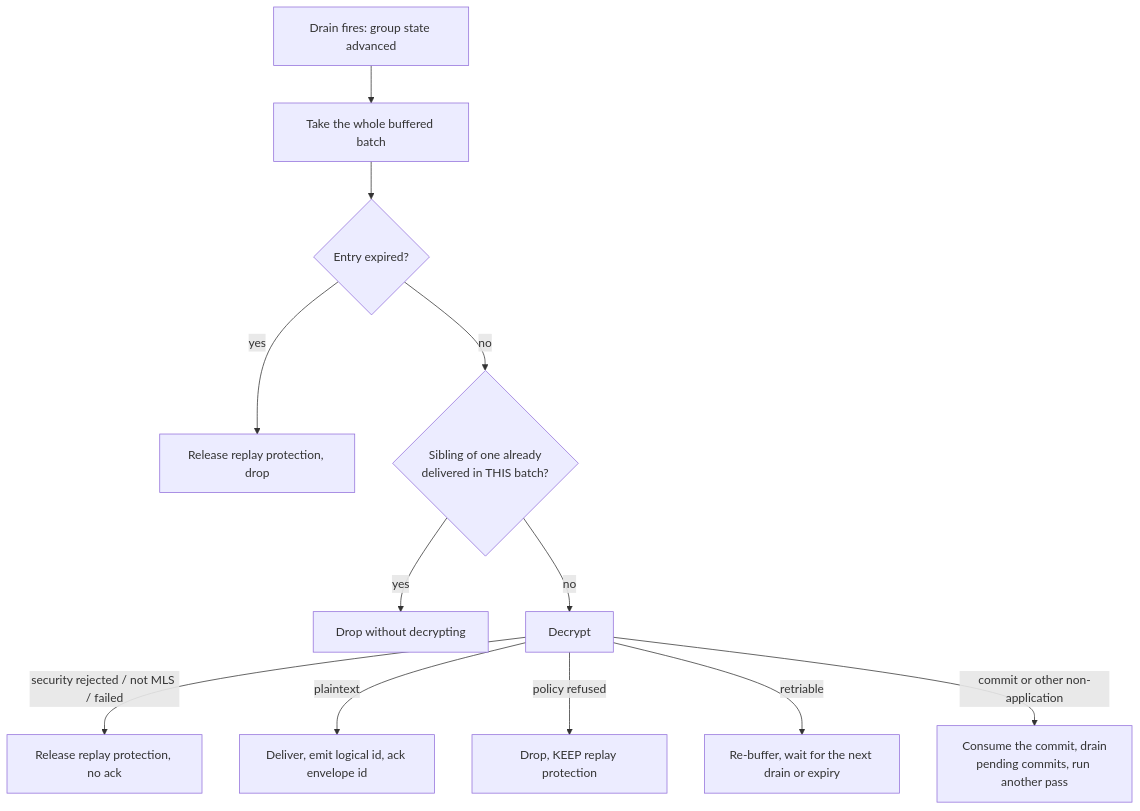
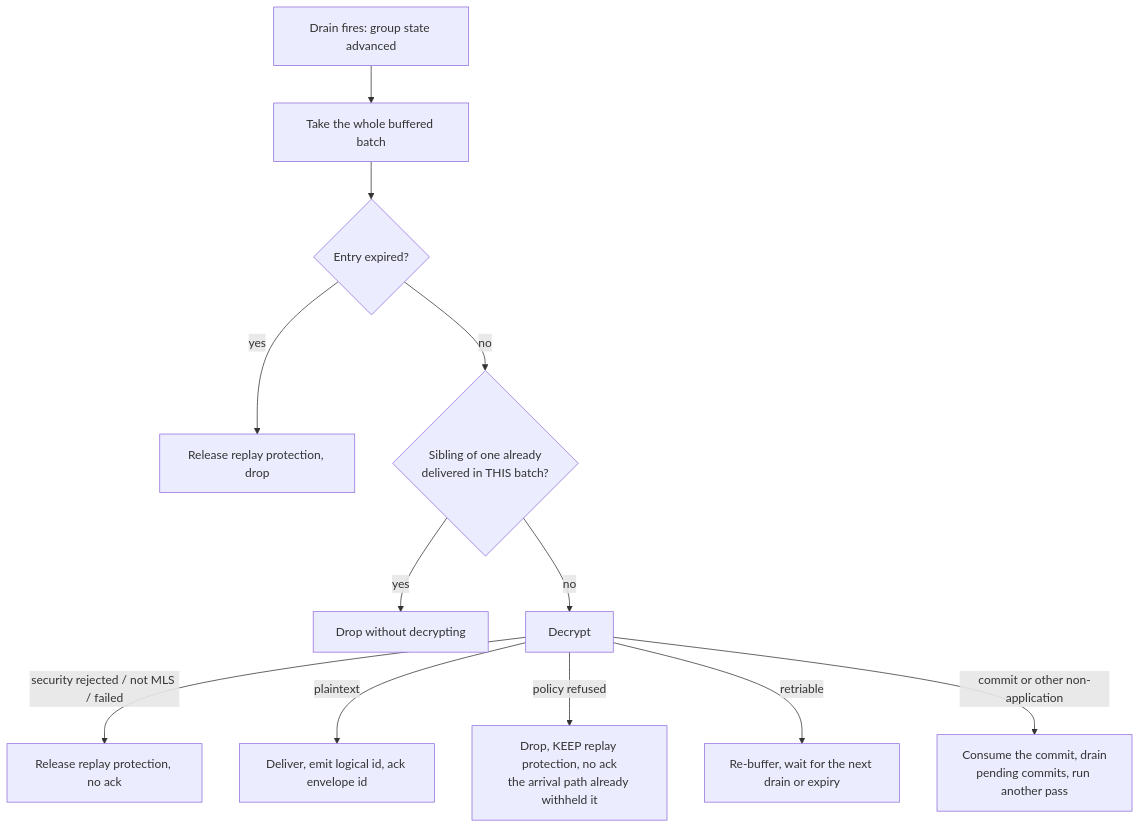
Before and after one commit to Offline-Protocol/offline-protocol-sdk: the third of 4 diagrams in docs/state-machines/group-message-lifecycle.md, drawn with Mermaid. The commit also changed 14 other files, not shown here.

````diff
--- a/docs/state-machines/group-message-lifecycle.md
+++ b/docs/state-machines/group-message-lifecycle.md
@@ -161,14 +161,14 @@
 ```mermaid
 flowchart TD
     D[Drain fires: group state advanced] --> B[Take the whole buffered batch]
     B --> E{Entry expired?}
     E -->|yes| X[Release replay protection, drop]
     E -->|no| S{Sibling of one already<br/>delivered in THIS batch?}
     S -->|yes| Y[Drop without decrypting]
     S -->|no| C[Decrypt]
     C -->|security rejected / not MLS / failed| R[Release replay protection, no ack]
     C -->|plaintext| DL[Deliver, emit logical id, ack envelope id]
-    C -->|policy refused| P[Drop, KEEP replay protection]
+    C -->|policy refused| P[Drop, KEEP replay protection, no ack<br/>the arrival path already withheld it]
     C -->|retriable| RB[Re-buffer, wait for the next drain or expiry]
     C -->|commit or other non-application| NA[Consume the commit, drain<br/>pending commits, run another pass]
 ```
````
